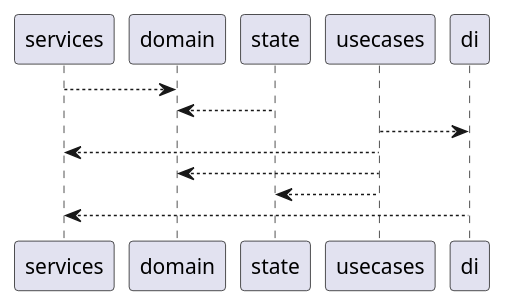
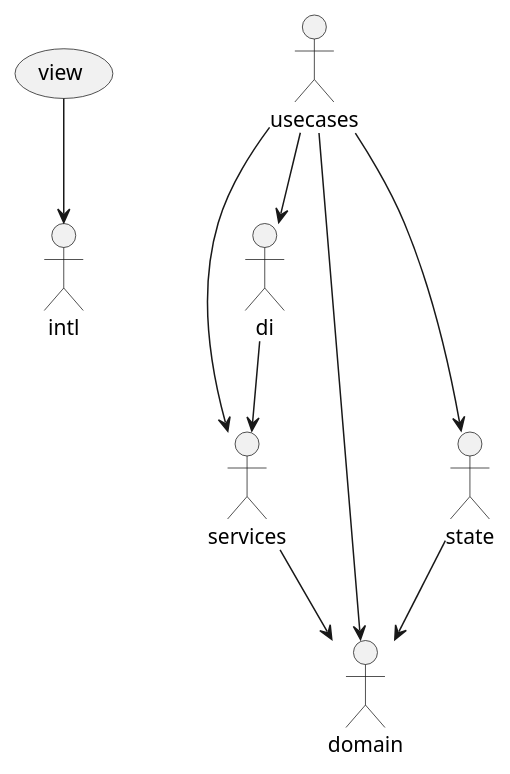
The diagram in src/app/[locale]/(list)/architecture.puml (JesusGonzalezA/mobile-store), drawn with PlantUML before and after one commit. The commit also changed 20 other files, not shown here.

```diff
--- a/src/app/[locale]/(list)/architecture.puml
+++ b/src/app/[locale]/(list)/architecture.puml
@@ -1,12 +1,14 @@
 @startuml
+    (view) --> intl
+    
     services --> domain
 
     state --> domain
 
     usecases --> di
     usecases --> services
     usecases --> domain
     usecases --> state
 
     di --> services
 @enduml
```
